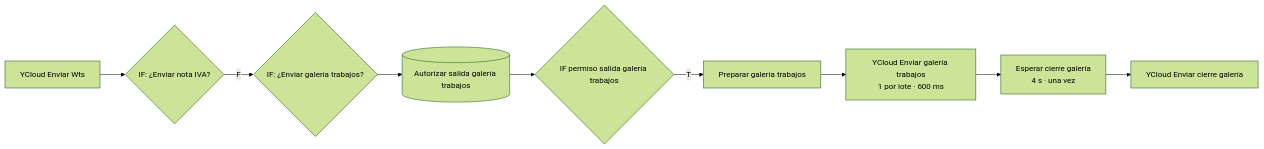
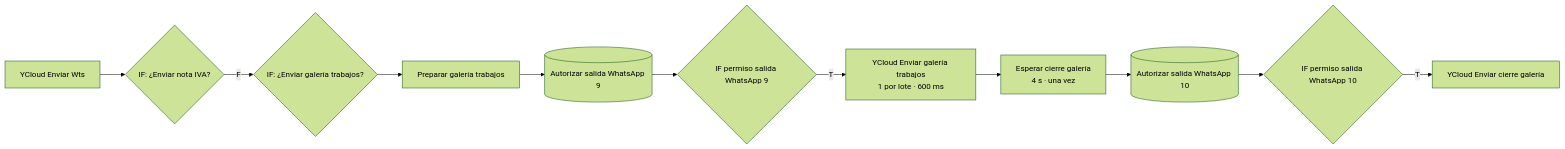
Before and after one commit to Theborycuas/pegaso-n8n: diagram 20 of 20 in docs/FLUJO-WORKFLOW-PEGASO.md, drawn with Mermaid (forest theme). The commit also changed other lines of this file and 13 other files, not shown here.

````diff
--- a/docs/FLUJO-WORKFLOW-PEGASO.md
+++ b/docs/FLUJO-WORKFLOW-PEGASO.md
@@ -832,6 +844,7 @@
 ```mermaid
 flowchart LR
     T[YCloud Enviar Wts] --> IVA{IF: ¿Enviar nota IVA?}
-    IVA -->|F| G{IF: ¿Enviar galería trabajos?} --> A[(Autorizar salida galería trabajos)] --> P{IF permiso salida galería trabajos}
-    P -->|T| PG[Preparar galería trabajos] --> Y[YCloud Enviar galería trabajos<br/>1 por lote · 600 ms] --> E[Esperar cierre galería<br/>4 s · una vez] --> C[YCloud Enviar cierre galería]
+    IVA -->|F| G{IF: ¿Enviar galería trabajos?} --> PG[Preparar galería trabajos] --> A9[(Autorizar salida WhatsApp 9)] --> P9{IF permiso salida WhatsApp 9}
+    P9 -->|T| Y[YCloud Enviar galería trabajos<br/>1 por lote · 600 ms] --> E[Esperar cierre galería<br/>4 s · una vez] --> A10[(Autorizar salida WhatsApp 10)] --> P10{IF permiso salida WhatsApp 10}
+    P10 -->|T| C[YCloud Enviar cierre galería]
 ```
````
